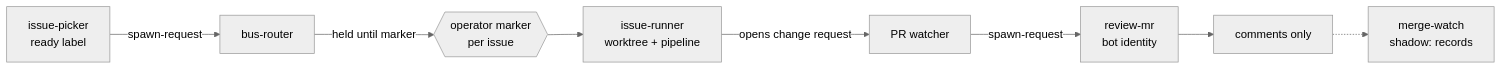
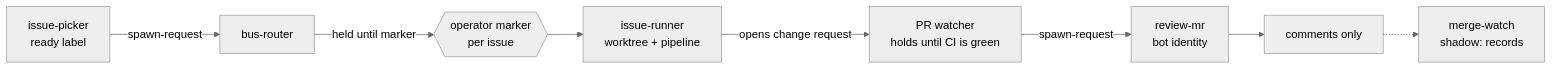
Before and after one commit to mxwerk/mxwerk.github.io: the diagram in content/wiki/harness/components/issue-to-pr-chain.md, drawn with Mermaid (neutral theme). The commit also changed other lines of this file and 3 other files, not shown here.

````diff
--- a/content/wiki/harness/components/issue-to-pr-chain.md
+++ b/content/wiki/harness/components/issue-to-pr-chain.md
@@ -43,10 +45,10 @@
 ```mermaid
 flowchart LR
   P["issue-picker<br/>ready label"] -->|spawn-request| R["bus-router"]
   R -->|held until marker| H{{"operator marker<br/>per issue"}}
   H --> I["issue-runner<br/>worktree + pipeline"]
-  I -->|opens change request| Q["PR watcher"]
+  I -->|opens change request| Q["PR watcher<br/>holds until CI is green"]
   Q -->|spawn-request| V["review-mr<br/>bot identity"]
   V --> C["comments only"]
   C -.-> M["merge-watch<br/>shadow: records"]
 ```
````
